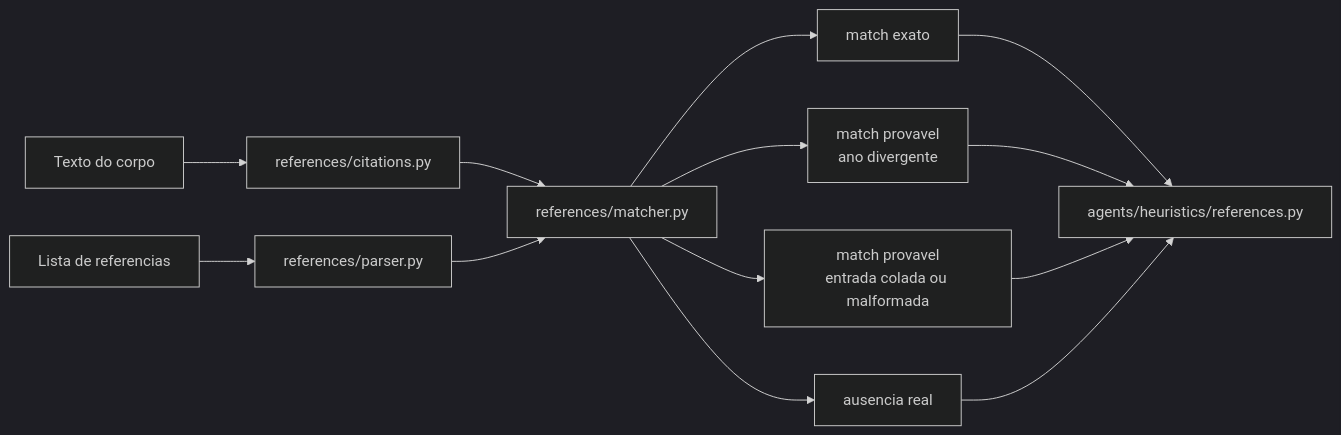
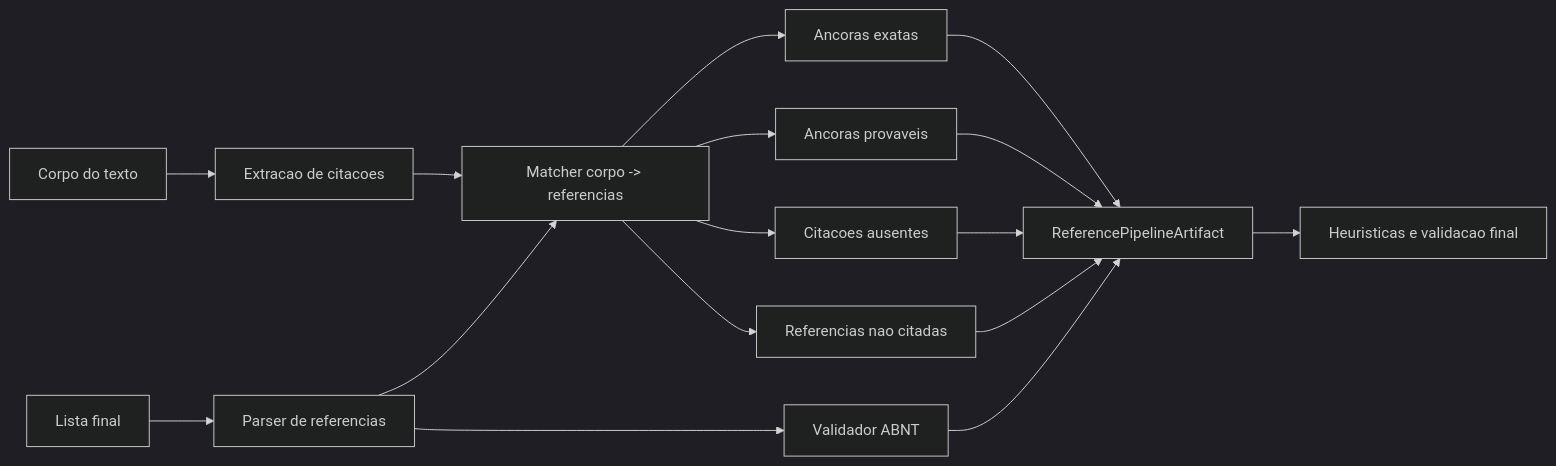
Before and after one commit to ipeadata-lab/Editorial_IPEA_IA: the second of 2 diagrams in README.md, drawn with Mermaid (dark theme). The commit also changed other lines of this file and 82 other files, not shown here.

````diff
--- a/README.md
+++ b/README.md
@@ -127,15 +146,18 @@
 ```mermaid
 flowchart LR
-    A["Texto do corpo"] --> B["references/citations.py"]
-    C["Lista de referencias"] --> D["references/parser.py"]
-    B --> E["references/matcher.py"]
+    A["Corpo do texto"] --> B["Extracao de citacoes"]
+    C["Lista final"] --> D["Parser de referencias"]
+    B --> E["Matcher corpo -> referencias"]
     D --> E
-    E --> F["match exato"]
-    E --> G["match provavel<br/>ano divergente"]
-    E --> H["match provavel<br/>entrada colada ou malformada"]
-    E --> I["ausencia real"]
-    F --> J["agents/heuristics/references.py"]
-    G --> J
-    H --> J
-    I --> J
+    E --> F["Ancoras exatas"]
+    E --> G["Ancoras provaveis"]
+    E --> H["Citacoes ausentes"]
+    E --> I["Referencias nao citadas"]
+    D --> J["Validador ABNT"]
+    F --> K["ReferencePipelineArtifact"]
+    G --> K
+    H --> K
+    I --> K
+    J --> K
+    K --> L["Heuristicas e validacao final"]
 ```
````
